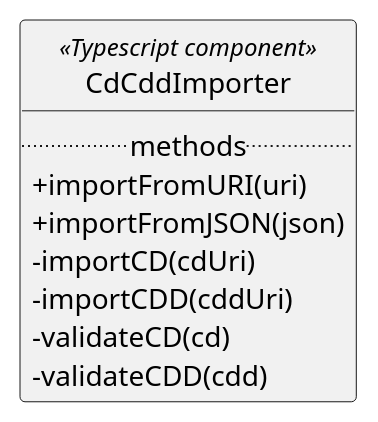
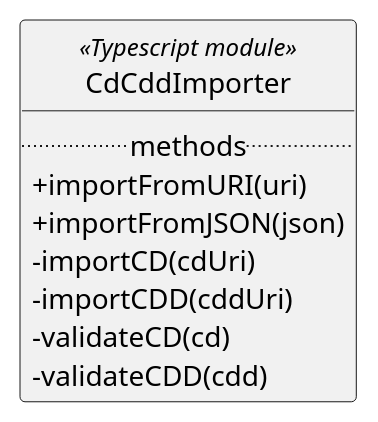
The sixth of 13 diagrams in PROJECT/SAS/SAS.md (DHBW-TINF24F/Team1-BaSyx-ConceptDescription-Manager), drawn with PlantUML before and after one commit. The commit also changed other lines of this file, not shown here.

````diff
--- a/PROJECT/SAS/SAS.md
+++ b/PROJECT/SAS/SAS.md
@@ -216,20 +227,20 @@
 ```plantuml
 @startuml
 skinparam style strictuml
 skinparam classAttributeIconSize 0
 
 ' -----------------------
-' Typescript Component: CD CDD Importer
+' Typescript Module: CD CDD Importer
 ' -----------------------
-class "CdCddImporter" <<Typescript component>> {
+class "CdCddImporter" <<Typescript module>> {
   ..methods..
   +importFromURI(uri)
   +importFromJSON(json)
   -importCD(cdUri)
   -importCDD(cddUri)
   -validateCD(cd)
   -validateCDD(cdd)
 }
 
 @enduml
 ```
````
